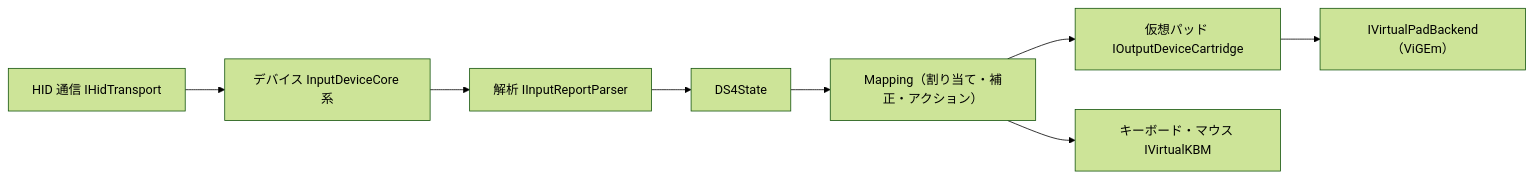
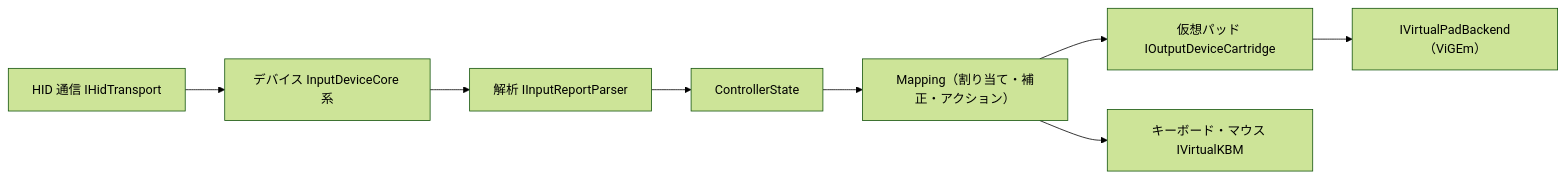
One commit to gwin7ok/DS4Windows changed the second of 2 diagrams in docs-forDIMG/Model-Diagram/01-Structure.md. Above: the diagram before and after it, drawn with Mermaid (forest theme). The commit also changed other lines of this file and 218 other files, not shown here.

````diff
--- a/docs-forDIMG/Model-Diagram/01-Structure.md
+++ b/docs-forDIMG/Model-Diagram/01-Structure.md
@@ -66,10 +66,10 @@
 ```mermaid
 flowchart LR
     HID["HID 通信 IHidTransport"] --> Dev["デバイス InputDeviceCore 系"]
     Dev --> Par["解析 IInputReportParser"]
-    Par --> State["DS4State"]
+    Par --> State["ControllerState"]
     State --> Map["Mapping（割り当て・補正・アクション）"]
     Map --> Out["仮想パッド IOutputDeviceCartridge"]
     Map --> Kbm["キーボード・マウス IVirtualKBM"]
     Out --> Be["IVirtualPadBackend（ViGEm）"]
 ```
````
